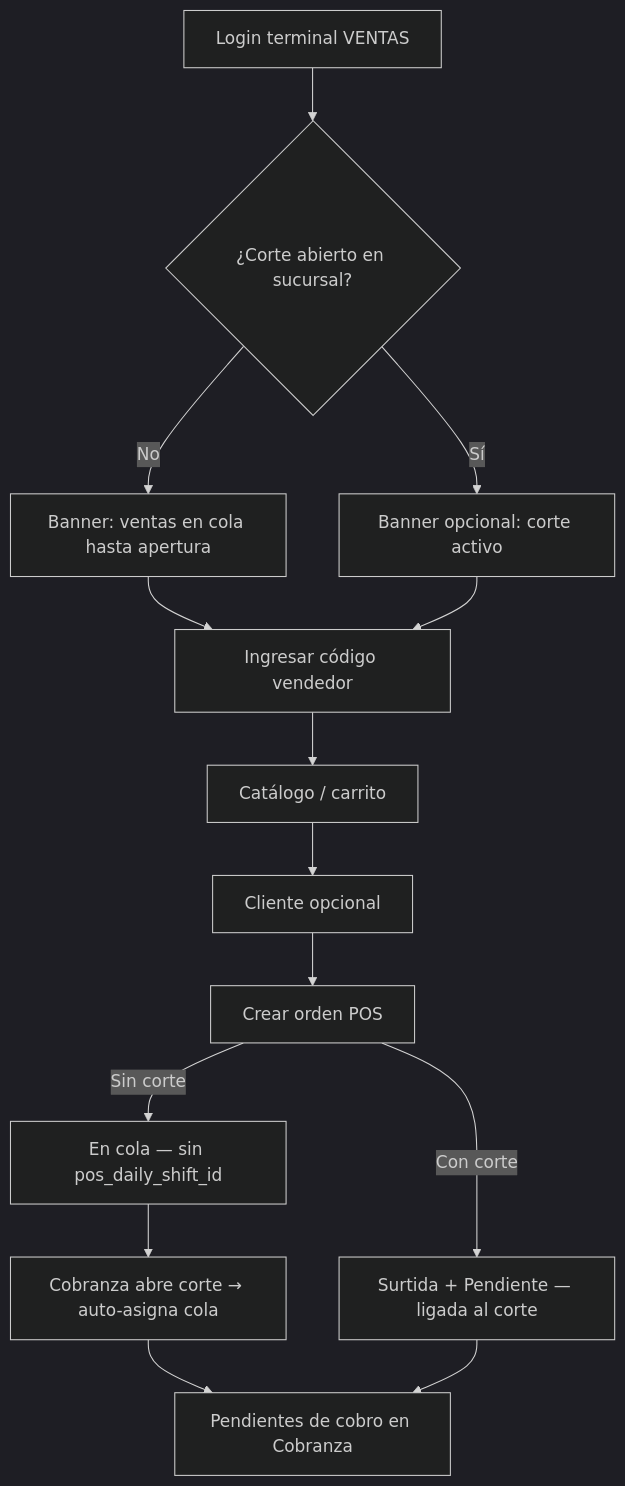
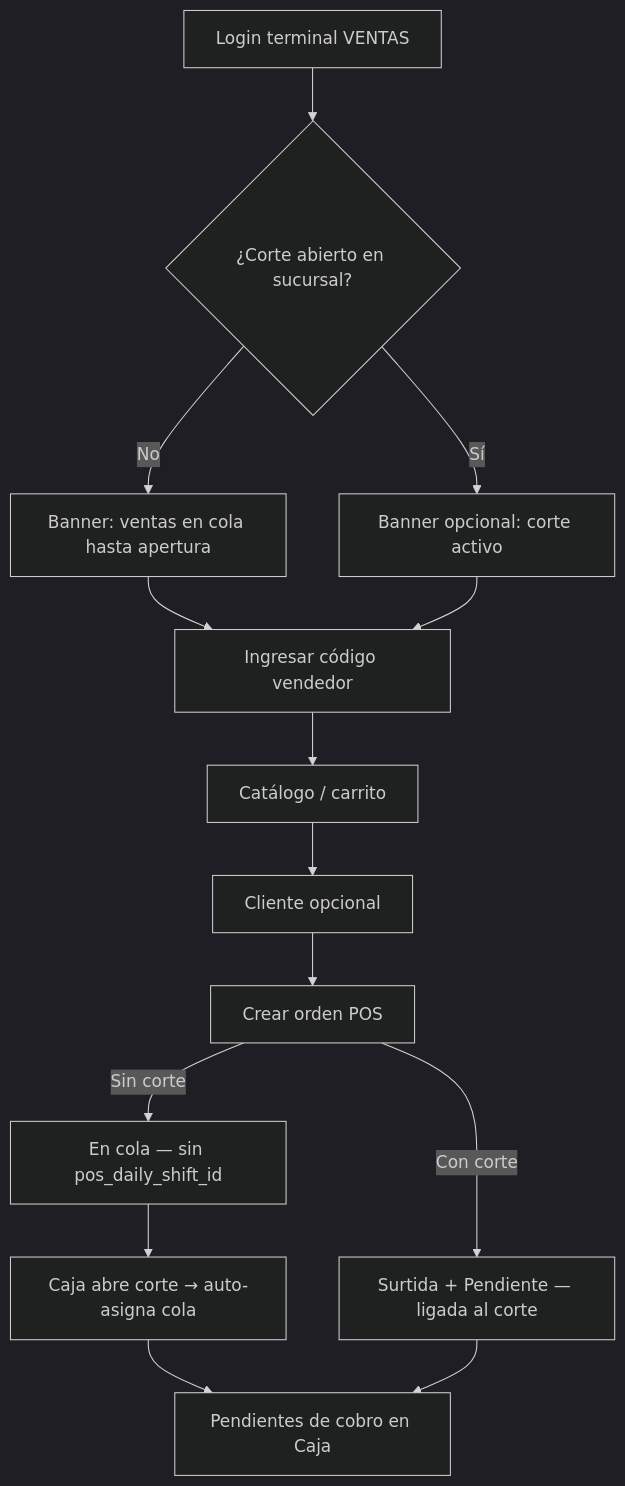
Before and after one commit to sinergy-digital-mx/sinergy-erp-backend-clients: the second of 5 diagrams in src/api/pos-shifts/docs/UI_POS_FLOW.md, drawn with Mermaid (dark theme). The commit also changed other lines of this file and 181 other files, not shown here.

````diff
--- a/src/api/pos-shifts/docs/UI_POS_FLOW.md
+++ b/src/api/pos-shifts/docs/UI_POS_FLOW.md
@@ -655,16 +666,16 @@
 ```mermaid
 flowchart TD
     A[Login terminal VENTAS] --> B{¿Corte abierto en sucursal?}
     B -->|No| C[Banner: ventas en cola hasta apertura]
     B -->|Sí| D[Banner opcional: corte activo]
     C --> E[Ingresar código vendedor]
     D --> E
     E --> F[Catálogo / carrito]
     F --> G[Cliente opcional]
     G --> H[Crear orden POS]
     H -->|Sin corte| I[En cola — sin pos_daily_shift_id]
     H -->|Con corte| J[Surtida + Pendiente — ligada al corte]
-    I --> K[Cobranza abre corte → auto-asigna cola]
-    K --> L[Pendientes de cobro en Cobranza]
+    I --> K[Caja abre corte → auto-asigna cola]
+    K --> L[Pendientes de cobro en Caja]
     J --> L
 ```
````
